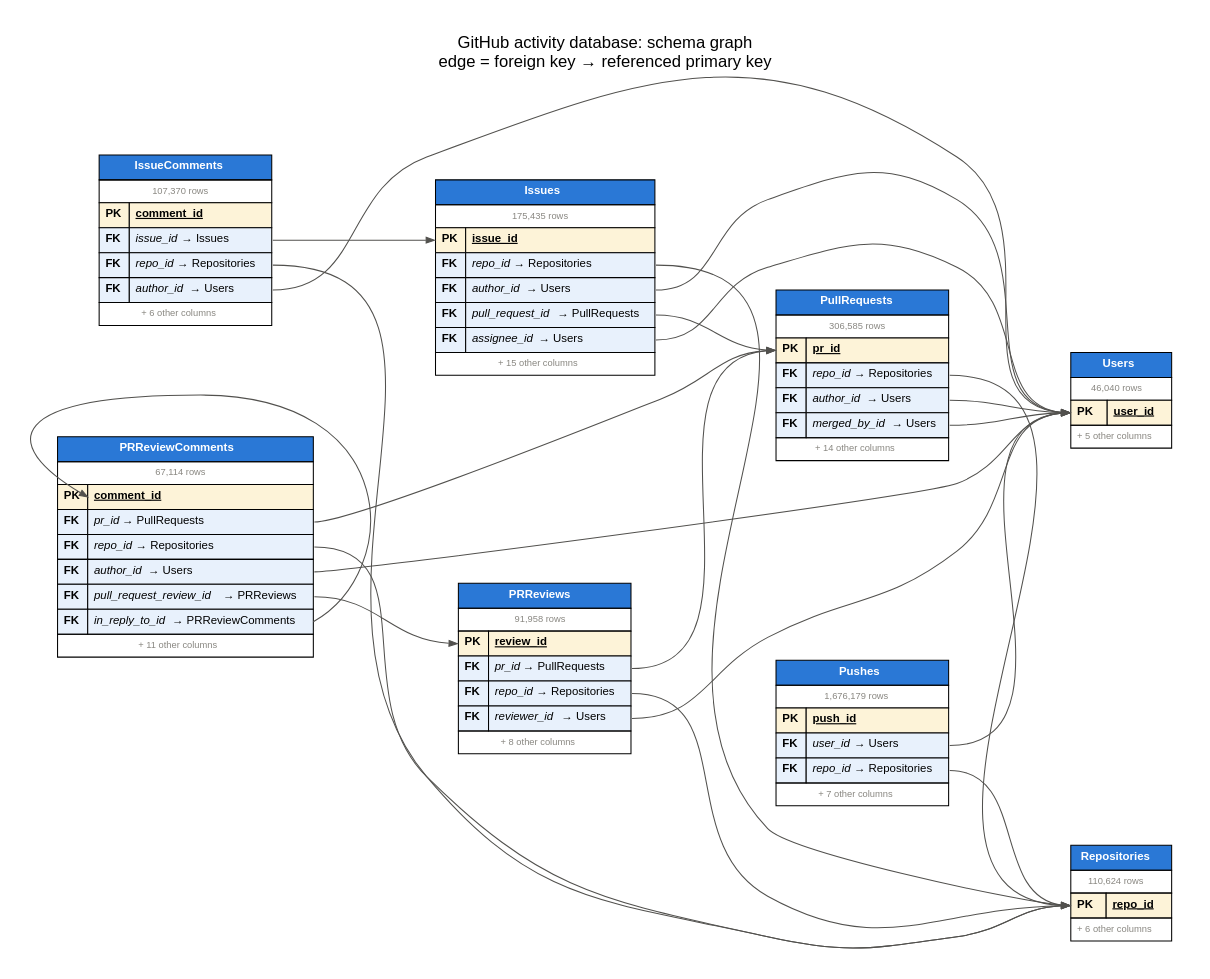
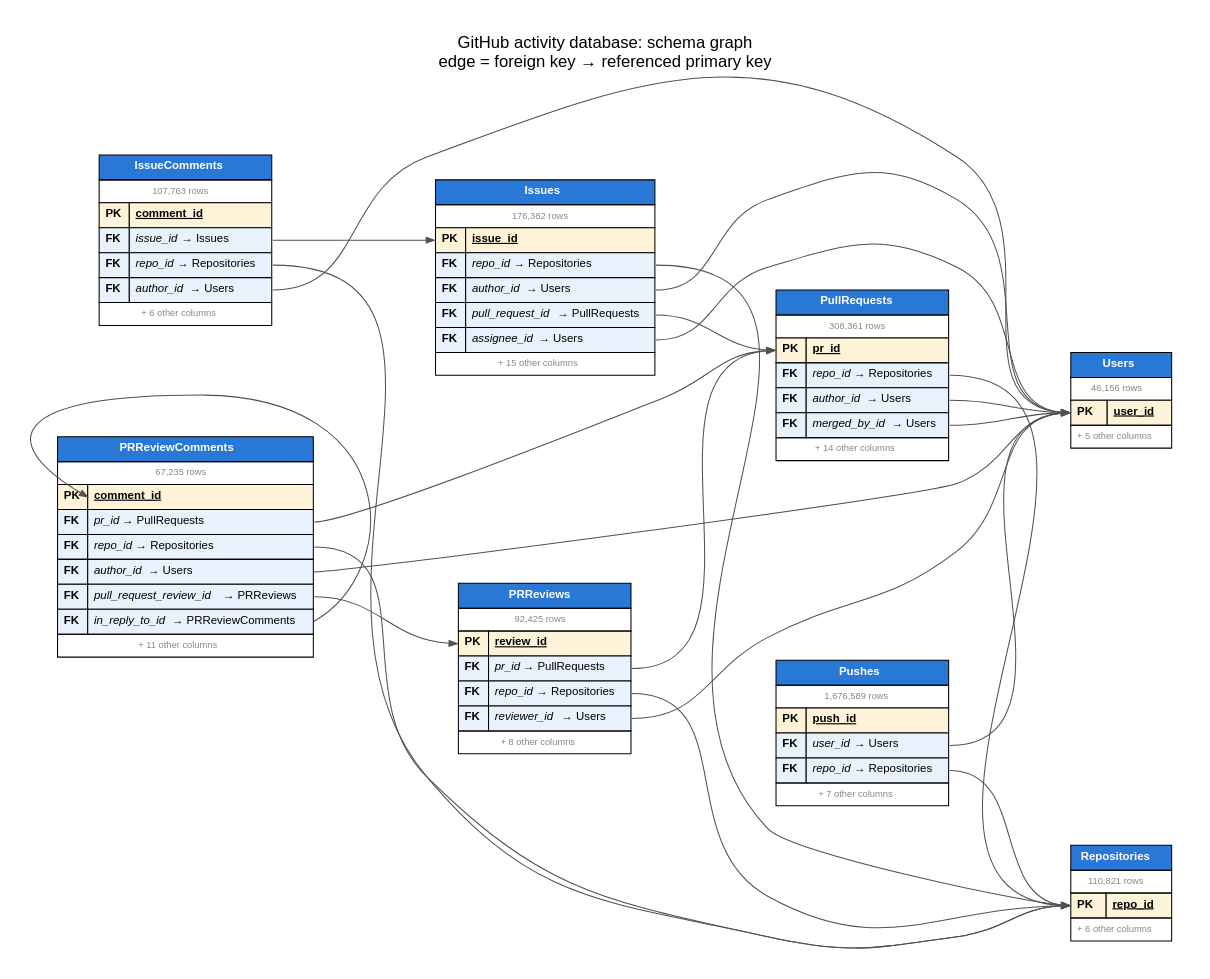
Before and after one commit to hnvkhanh/BigData2026-Assignment2: the diagram in figures/schema_graph.dot, drawn with Graphviz. The commit also changed 18 other files, not shown here.

```diff
--- a/figures/schema_graph.dot
+++ b/figures/schema_graph.dot
@@ -3,14 +3,14 @@
 edge = foreign key → referenced primary key" labelloc=t nodesep=0.5 pad=0.3 rankdir=LR ranksep=1.4 splines=spline]
 	node [fontname=Helvetica fontsize=11 shape=plaintext]
 	edge [arrowsize=0.8 color="#52514e"]
-	Users [label=<<table border="0" cellborder="1" cellspacing="0" cellpadding="5"><tr><td bgcolor="#2a78d6" colspan="2"><font color="white"><b>Users</b></font></td></tr><tr><td colspan="2"><font point-size="9" color="#898781">46,040 rows</font></td></tr><tr><td bgcolor="#fdf3d8" port="user_id" align="left"><b>PK</b></td><td bgcolor="#fdf3d8" align="left"><b><u>user_id</u></b></td></tr><tr><td colspan="2"><font point-size="9" color="#898781">+ 5 other columns</font></td></tr></table>>]
-	Repositories [label=<<table border="0" cellborder="1" cellspacing="0" cellpadding="5"><tr><td bgcolor="#2a78d6" colspan="2"><font color="white"><b>Repositories</b></font></td></tr><tr><td colspan="2"><font point-size="9" color="#898781">110,624 rows</font></td></tr><tr><td bgcolor="#fdf3d8" port="repo_id" align="left"><b>PK</b></td><td bgcolor="#fdf3d8" align="left"><b><u>repo_id</u></b></td></tr><tr><td colspan="2"><font point-size="9" color="#898781">+ 6 other columns</font></td></tr></table>>]
-	PullRequests [label=<<table border="0" cellborder="1" cellspacing="0" cellpadding="5"><tr><td bgcolor="#2a78d6" colspan="2"><font color="white"><b>PullRequests</b></font></td></tr><tr><td colspan="2"><font point-size="9" color="#898781">306,585 rows</font></td></tr><tr><td bgcolor="#fdf3d8" port="pr_id" align="left"><b>PK</b></td><td bgcolor="#fdf3d8" align="left"><b><u>pr_id</u></b></td></tr><tr><td bgcolor="#e8f1fc" align="left"><b>FK</b></td><td bgcolor="#e8f1fc" port="repo_id" align="left"><i>repo_id</i> → Repositories</td></tr><tr><td bgcolor="#e8f1fc" align="left"><b>FK</b></td><td bgcolor="#e8f1fc" port="author_id" align="left"><i>author_id</i> → Users</td></tr><tr><td bgcolor="#e8f1fc" align="left"><b>FK</b></td><td bgcolor="#e8f1fc" port="merged_by_id" align="left"><i>merged_by_id</i> → Users</td></tr><tr><td colspan="2"><font point-size="9" color="#898781">+ 14 other columns</font></td></tr></table>>]
-	Issues [label=<<table border="0" cellborder="1" cellspacing="0" cellpadding="5"><tr><td bgcolor="#2a78d6" colspan="2"><font color="white"><b>Issues</b></font></td></tr><tr><td colspan="2"><font point-size="9" color="#898781">175,435 rows</font></td></tr><tr><td bgcolor="#fdf3d8" port="issue_id" align="left"><b>PK</b></td><td bgcolor="#fdf3d8" align="left"><b><u>issue_id</u></b></td></tr><tr><td bgcolor="#e8f1fc" align="left"><b>FK</b></td><td bgcolor="#e8f1fc" port="repo_id" align="left"><i>repo_id</i> → Repositories</td></tr><tr><td bgcolor="#e8f1fc" align="left"><b>FK</b></td><td bgcolor="#e8f1fc" port="author_id" align="left"><i>author_id</i> → Users</td></tr><tr><td bgcolor="#e8f1fc" align="left"><b>FK</b></td><td bgcolor="#e8f1fc" port="pull_request_id" align="left"><i>pull_request_id</i> → PullRequests</td></tr><tr><td bgcolor="#e8f1fc" align="left"><b>FK</b></td><td bgcolor="#e8f1fc" port="assignee_id" align="left"><i>assignee_id</i> → Users</td></tr><tr><td colspan="2"><font point-size="9" color="#898781">+ 15 other columns</font></td></tr></table>>]
-	IssueComments [label=<<table border="0" cellborder="1" cellspacing="0" cellpadding="5"><tr><td bgcolor="#2a78d6" colspan="2"><font color="white"><b>IssueComments</b></font></td></tr><tr><td colspan="2"><font point-size="9" color="#898781">107,370 rows</font></td></tr><tr><td bgcolor="#fdf3d8" port="comment_id" align="left"><b>PK</b></td><td bgcolor="#fdf3d8" align="left"><b><u>comment_id</u></b></td></tr><tr><td bgcolor="#e8f1fc" align="left"><b>FK</b></td><td bgcolor="#e8f1fc" port="issue_id" align="left"><i>issue_id</i> → Issues</td></tr><tr><td bgcolor="#e8f1fc" align="left"><b>FK</b></td><td bgcolor="#e8f1fc" port="repo_id" align="left"><i>repo_id</i> → Repositories</td></tr><tr><td bgcolor="#e8f1fc" align="left"><b>FK</b></td><td bgcolor="#e8f1fc" port="author_id" align="left"><i>author_id</i> → Users</td></tr><tr><td colspan="2"><font point-size="9" color="#898781">+ 6 other columns</font></td></tr></table>>]
-	PRReviews [label=<<table border="0" cellborder="1" cellspacing="0" cellpadding="5"><tr><td bgcolor="#2a78d6" colspan="2"><font color="white"><b>PRReviews</b></font></td></tr><tr><td colspan="2"><font point-size="9" color="#898781">91,958 rows</font></td></tr><tr><td bgcolor="#fdf3d8" port="review_id" align="left"><b>PK</b></td><td bgcolor="#fdf3d8" align="left"><b><u>review_id</u></b></td></tr><tr><td bgcolor="#e8f1fc" align="left"><b>FK</b></td><td bgcolor="#e8f1fc" port="pr_id" align="left"><i>pr_id</i> → PullRequests</td></tr><tr><td bgcolor="#e8f1fc" align="left"><b>FK</b></td><td bgcolor="#e8f1fc" port="repo_id" align="left"><i>repo_id</i> → Repositories</td></tr><tr><td bgcolor="#e8f1fc" align="left"><b>FK</b></td><td bgcolor="#e8f1fc" port="reviewer_id" align="left"><i>reviewer_id</i> → Users</td></tr><tr><td colspan="2"><font point-size="9" color="#898781">+ 8 other columns</font></td></tr></table>>]
-	PRReviewComments [label=<<table border="0" cellborder="1" cellspacing="0" cellpadding="5"><tr><td bgcolor="#2a78d6" colspan="2"><font color="white"><b>PRReviewComments</b></font></td></tr><tr><td colspan="2"><font point-size="9" color="#898781">67,114 rows</font></td></tr><tr><td bgcolor="#fdf3d8" port="comment_id" align="left"><b>PK</b></td><td bgcolor="#fdf3d8" align="left"><b><u>comment_id</u></b></td></tr><tr><td bgcolor="#e8f1fc" align="left"><b>FK</b></td><td bgcolor="#e8f1fc" port="pr_id" align="left"><i>pr_id</i> → PullRequests</td></tr><tr><td bgcolor="#e8f1fc" align="left"><b>FK</b></td><td bgcolor="#e8f1fc" port="repo_id" align="left"><i>repo_id</i> → Repositories</td></tr><tr><td bgcolor="#e8f1fc" align="left"><b>FK</b></td><td bgcolor="#e8f1fc" port="author_id" align="left"><i>author_id</i> → Users</td></tr><tr><td bgcolor="#e8f1fc" align="left"><b>FK</b></td><td bgcolor="#e8f1fc" port="pull_request_review_id" align="left"><i>pull_request_review_id</i> → PRReviews</td></tr><tr><td bgcolor="#e8f1fc" align="left"><b>FK</b></td><td bgcolor="#e8f1fc" port="in_reply_to_id" align="left"><i>in_reply_to_id</i> → PRReviewComments</td></tr><tr><td colspan="2"><font point-size="9" color="#898781">+ 11 other columns</font></td></tr></table>>]
-	Pushes [label=<<table border="0" cellborder="1" cellspacing="0" cellpadding="5"><tr><td bgcolor="#2a78d6" colspan="2"><font color="white"><b>Pushes</b></font></td></tr><tr><td colspan="2"><font point-size="9" color="#898781">1,676,179 rows</font></td></tr><tr><td bgcolor="#fdf3d8" port="push_id" align="left"><b>PK</b></td><td bgcolor="#fdf3d8" align="left"><b><u>push_id</u></b></td></tr><tr><td bgcolor="#e8f1fc" align="left"><b>FK</b></td><td bgcolor="#e8f1fc" port="user_id" align="left"><i>user_id</i> → Users</td></tr><tr><td bgcolor="#e8f1fc" align="left"><b>FK</b></td><td bgcolor="#e8f1fc" port="repo_id" align="left"><i>repo_id</i> → Repositories</td></tr><tr><td colspan="2"><font point-size="9" color="#898781">+ 7 other columns</font></td></tr></table>>]
+	Users [label=<<table border="0" cellborder="1" cellspacing="0" cellpadding="5"><tr><td bgcolor="#2a78d6" colspan="2"><font color="white"><b>Users</b></font></td></tr><tr><td colspan="2"><font point-size="9" color="#898781">46,156 rows</font></td></tr><tr><td bgcolor="#fdf3d8" port="user_id" align="left"><b>PK</b></td><td bgcolor="#fdf3d8" align="left"><b><u>user_id</u></b></td></tr><tr><td colspan="2"><font point-size="9" color="#898781">+ 5 other columns</font></td></tr></table>>]
+	Repositories [label=<<table border="0" cellborder="1" cellspacing="0" cellpadding="5"><tr><td bgcolor="#2a78d6" colspan="2"><font color="white"><b>Repositories</b></font></td></tr><tr><td colspan="2"><font point-size="9" color="#898781">110,821 rows</font></td></tr><tr><td bgcolor="#fdf3d8" port="repo_id" align="left"><b>PK</b></td><td bgcolor="#fdf3d8" align="left"><b><u>repo_id</u></b></td></tr><tr><td colspan="2"><font point-size="9" color="#898781">+ 6 other columns</font></td></tr></table>>]
+	PullRequests [label=<<table border="0" cellborder="1" cellspacing="0" cellpadding="5"><tr><td bgcolor="#2a78d6" colspan="2"><font color="white"><b>PullRequests</b></font></td></tr><tr><td colspan="2"><font point-size="9" color="#898781">308,361 rows</font></td></tr><tr><td bgcolor="#fdf3d8" port="pr_id" align="left"><b>PK</b></td><td bgcolor="#fdf3d8" align="left"><b><u>pr_id</u></b></td></tr><tr><td bgcolor="#e8f1fc" align="left"><b>FK</b></td><td bgcolor="#e8f1fc" port="repo_id" align="left"><i>repo_id</i> → Repositories</td></tr><tr><td bgcolor="#e8f1fc" align="left"><b>FK</b></td><td bgcolor="#e8f1fc" port="author_id" align="left"><i>author_id</i> → Users</td></tr><tr><td bgcolor="#e8f1fc" align="left"><b>FK</b></td><td bgcolor="#e8f1fc" port="merged_by_id" align="left"><i>merged_by_id</i> → Users</td></tr><tr><td colspan="2"><font point-size="9" color="#898781">+ 14 other columns</font></td></tr></table>>]
+	Issues [label=<<table border="0" cellborder="1" cellspacing="0" cellpadding="5"><tr><td bgcolor="#2a78d6" colspan="2"><font color="white"><b>Issues</b></font></td></tr><tr><td colspan="2"><font point-size="9" color="#898781">176,382 rows</font></td></tr><tr><td bgcolor="#fdf3d8" port="issue_id" align="left"><b>PK</b></td><td bgcolor="#fdf3d8" align="left"><b><u>issue_id</u></b></td></tr><tr><td bgcolor="#e8f1fc" align="left"><b>FK</b></td><td bgcolor="#e8f1fc" port="repo_id" align="left"><i>repo_id</i> → Repositories</td></tr><tr><td bgcolor="#e8f1fc" align="left"><b>FK</b></td><td bgcolor="#e8f1fc" port="author_id" align="left"><i>author_id</i> → Users</td></tr><tr><td bgcolor="#e8f1fc" align="left"><b>FK</b></td><td bgcolor="#e8f1fc" port="pull_request_id" align="left"><i>pull_request_id</i> → PullRequests</td></tr><tr><td bgcolor="#e8f1fc" align="left"><b>FK</b></td><td bgcolor="#e8f1fc" port="assignee_id" align="left"><i>assignee_id</i> → Users</td></tr><tr><td colspan="2"><font point-size="9" color="#898781">+ 15 other columns</font></td></tr></table>>]
+	IssueComments [label=<<table border="0" cellborder="1" cellspacing="0" cellpadding="5"><tr><td bgcolor="#2a78d6" colspan="2"><font color="white"><b>IssueComments</b></font></td></tr><tr><td colspan="2"><font point-size="9" color="#898781">107,763 rows</font></td></tr><tr><td bgcolor="#fdf3d8" port="comment_id" align="left"><b>PK</b></td><td bgcolor="#fdf3d8" align="left"><b><u>comment_id</u></b></td></tr><tr><td bgcolor="#e8f1fc" align="left"><b>FK</b></td><td bgcolor="#e8f1fc" port="issue_id" align="left"><i>issue_id</i> → Issues</td></tr><tr><td bgcolor="#e8f1fc" align="left"><b>FK</b></td><td bgcolor="#e8f1fc" port="repo_id" align="left"><i>repo_id</i> → Repositories</td></tr><tr><td bgcolor="#e8f1fc" align="left"><b>FK</b></td><td bgcolor="#e8f1fc" port="author_id" align="left"><i>author_id</i> → Users</td></tr><tr><td colspan="2"><font point-size="9" color="#898781">+ 6 other columns</font></td></tr></table>>]
+	PRReviews [label=<<table border="0" cellborder="1" cellspacing="0" cellpadding="5"><tr><td bgcolor="#2a78d6" colspan="2"><font color="white"><b>PRReviews</b></font></td></tr><tr><td colspan="2"><font point-size="9" color="#898781">92,425 rows</font></td></tr><tr><td bgcolor="#fdf3d8" port="review_id" align="left"><b>PK</b></td><td bgcolor="#fdf3d8" align="left"><b><u>review_id</u></b></td></tr><tr><td bgcolor="#e8f1fc" align="left"><b>FK</b></td><td bgcolor="#e8f1fc" port="pr_id" align="left"><i>pr_id</i> → PullRequests</td></tr><tr><td bgcolor="#e8f1fc" align="left"><b>FK</b></td><td bgcolor="#e8f1fc" port="repo_id" align="left"><i>repo_id</i> → Repositories</td></tr><tr><td bgcolor="#e8f1fc" align="left"><b>FK</b></td><td bgcolor="#e8f1fc" port="reviewer_id" align="left"><i>reviewer_id</i> → Users</td></tr><tr><td colspan="2"><font point-size="9" color="#898781">+ 8 other columns</font></td></tr></table>>]
+	PRReviewComments [label=<<table border="0" cellborder="1" cellspacing="0" cellpadding="5"><tr><td bgcolor="#2a78d6" colspan="2"><font color="white"><b>PRReviewComments</b></font></td></tr><tr><td colspan="2"><font point-size="9" color="#898781">67,235 rows</font></td></tr><tr><td bgcolor="#fdf3d8" port="comment_id" align="left"><b>PK</b></td><td bgcolor="#fdf3d8" align="left"><b><u>comment_id</u></b></td></tr><tr><td bgcolor="#e8f1fc" align="left"><b>FK</b></td><td bgcolor="#e8f1fc" port="pr_id" align="left"><i>pr_id</i> → PullRequests</td></tr><tr><td bgcolor="#e8f1fc" align="left"><b>FK</b></td><td bgcolor="#e8f1fc" port="repo_id" align="left"><i>repo_id</i> → Repositories</td></tr><tr><td bgcolor="#e8f1fc" align="left"><b>FK</b></td><td bgcolor="#e8f1fc" port="author_id" align="left"><i>author_id</i> → Users</td></tr><tr><td bgcolor="#e8f1fc" align="left"><b>FK</b></td><td bgcolor="#e8f1fc" port="pull_request_review_id" align="left"><i>pull_request_review_id</i> → PRReviews</td></tr><tr><td bgcolor="#e8f1fc" align="left"><b>FK</b></td><td bgcolor="#e8f1fc" port="in_reply_to_id" align="left"><i>in_reply_to_id</i> → PRReviewComments</td></tr><tr><td colspan="2"><font point-size="9" color="#898781">+ 11 other columns</font></td></tr></table>>]
+	Pushes [label=<<table border="0" cellborder="1" cellspacing="0" cellpadding="5"><tr><td bgcolor="#2a78d6" colspan="2"><font color="white"><b>Pushes</b></font></td></tr><tr><td colspan="2"><font point-size="9" color="#898781">1,676,589 rows</font></td></tr><tr><td bgcolor="#fdf3d8" port="push_id" align="left"><b>PK</b></td><td bgcolor="#fdf3d8" align="left"><b><u>push_id</u></b></td></tr><tr><td bgcolor="#e8f1fc" align="left"><b>FK</b></td><td bgcolor="#e8f1fc" port="user_id" align="left"><i>user_id</i> → Users</td></tr><tr><td bgcolor="#e8f1fc" align="left"><b>FK</b></td><td bgcolor="#e8f1fc" port="repo_id" align="left"><i>repo_id</i> → Repositories</td></tr><tr><td colspan="2"><font point-size="9" color="#898781">+ 7 other columns</font></td></tr></table>>]
 	PullRequests:repo_id:e -> Repositories:repo_id:w [tooltip="PullRequests.repo_id → Repositories.repo_id"]
 	PullRequests:author_id:e -> Users:user_id:w [tooltip="PullRequests.author_id → Users.user_id"]
 	PullRequests:merged_by_id:e -> Users:user_id:w [tooltip="PullRequests.merged_by_id → Users.user_id"]
```
